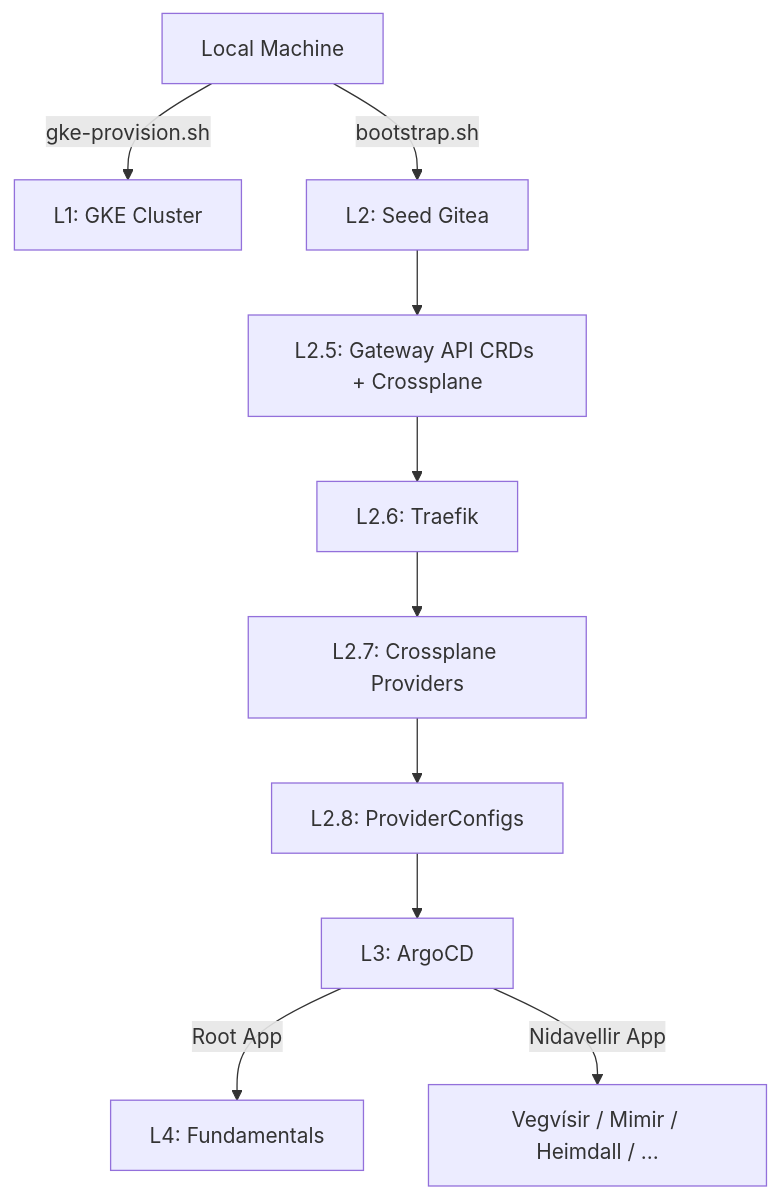
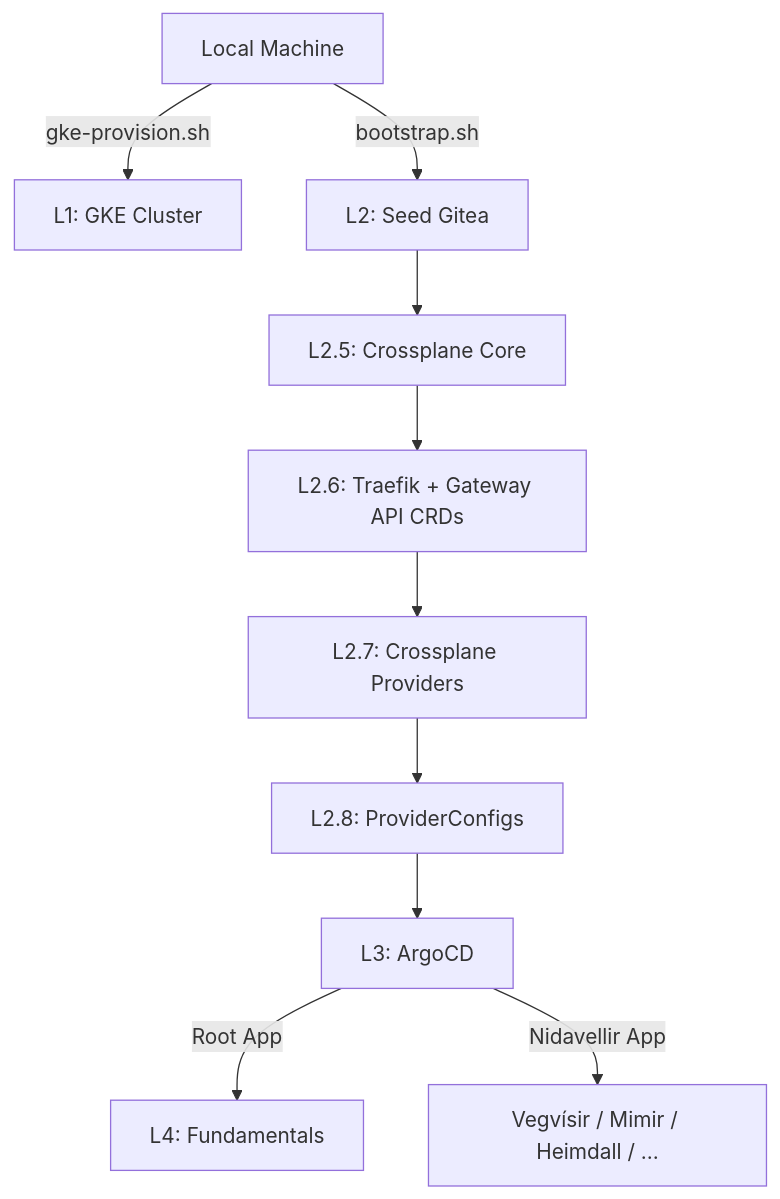
The first of 2 diagrams in docs/bootstrap.md (SiliconSaga/nordri), drawn with Mermaid before and after one commit. The commit also changed other lines of this file and 1 other file, not shown here.

````diff
--- a/docs/bootstrap.md
+++ b/docs/bootstrap.md
@@ -210,12 +210,12 @@
 ```mermaid
 graph TD
     Local[Local Machine] -->|gke-provision.sh| L1[L1: GKE Cluster]
     Local -->|bootstrap.sh| L2[L2: Seed Gitea]
-    L2 --> L25[L2.5: Gateway API CRDs + Crossplane]
-    L25 --> L26[L2.6: Traefik]
+    L2 --> L25[L2.5: Crossplane Core]
+    L25 --> L26[L2.6: Traefik + Gateway API CRDs]
     L26 --> L27[L2.7: Crossplane Providers]
     L27 --> L28[L2.8: ProviderConfigs]
     L28 --> L3[L3: ArgoCD]
     L3 -->|Root App| L4[L4: Fundamentals]
     L3 -->|Nidavellir App| N[Vegvísir / Mimir / Heimdall / ...]
 ```
````
